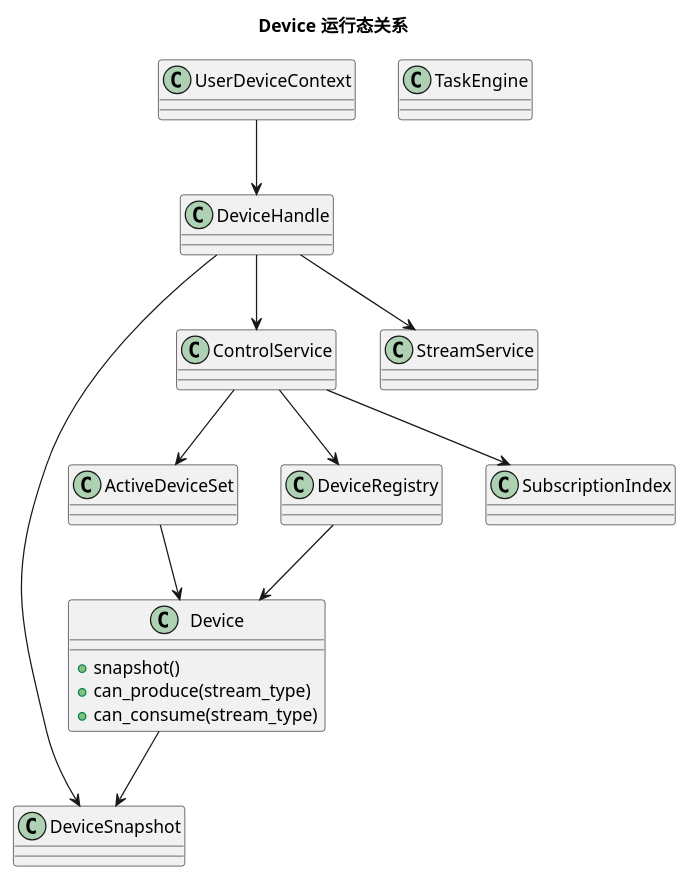
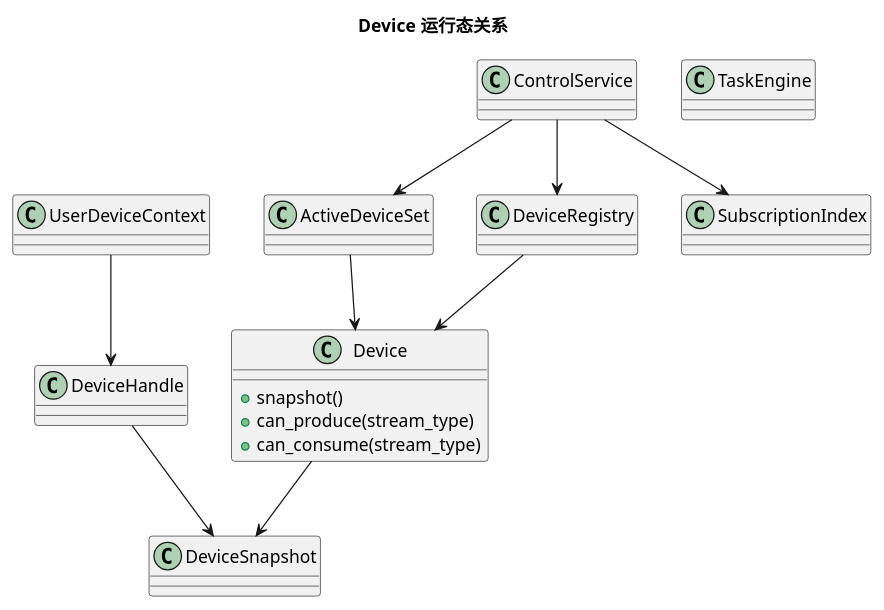
The fourth of 18 diagrams in audio-chat/docs/audio-chat-sdk-architecture.md (HengeLiu/RealtimeAgent), drawn with PlantUML before and after one commit. The commit also changed other lines of this file and 34 other files, not shown here.

````diff
--- a/audio-chat/docs/audio-chat-sdk-architecture.md
+++ b/audio-chat/docs/audio-chat-sdk-architecture.md
@@ -844,32 +936,29 @@
 ```plantuml
 @startuml
 title Device 运行态关系
 
 class Device {
   +snapshot()
   +can_produce(stream_type)
   +can_consume(stream_type)
 }
 
 class DeviceSnapshot
 class DeviceHandle
 class UserDeviceContext
 class ActiveDeviceSet
 class DeviceRegistry
 class SubscriptionIndex
 class ControlService
-class StreamService
 class TaskEngine
 
 ControlService --> DeviceRegistry
 ControlService --> ActiveDeviceSet
 ControlService --> SubscriptionIndex
 DeviceRegistry --> Device
 ActiveDeviceSet --> Device
 Device --> DeviceSnapshot
 UserDeviceContext --> DeviceHandle
 DeviceHandle --> DeviceSnapshot
-DeviceHandle --> ControlService
-DeviceHandle --> StreamService
 @enduml
 ```
````
